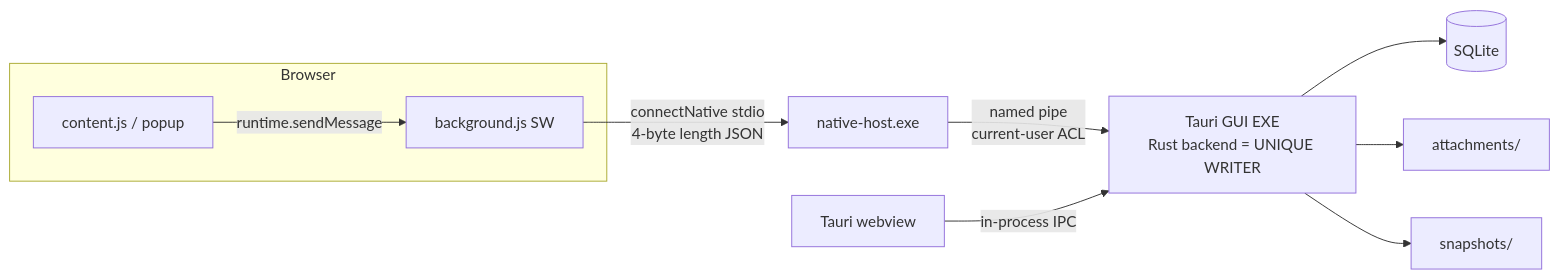
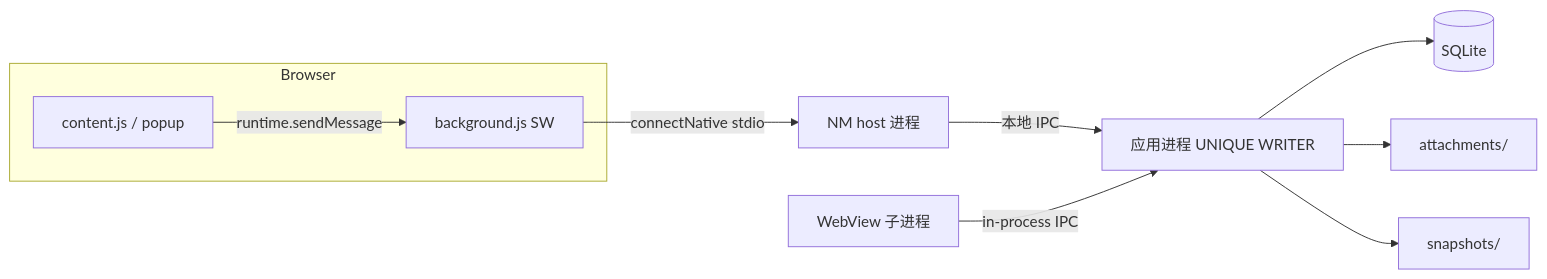
One commit to TshyGO/resume-form-assistant-plugin changed the diagram in docs/desktop-mvp/adr-architecture.md. Above: the diagram before and after it, drawn with Mermaid. The commit also changed other lines of this file and 4 other files, not shown here.

````diff
--- a/docs/desktop-mvp/adr-architecture.md
+++ b/docs/desktop-mvp/adr-architecture.md
@@ -104,14 +112,14 @@
 ```mermaid
 flowchart LR
   subgraph Browser
     CS[content.js / popup]
     SW[background.js SW]
     CS -->|runtime.sendMessage| SW
   end
-  SW -->|"connectNative stdio\n4-byte length JSON"| HOST[native-host.exe]
-  HOST -->|"named pipe\ncurrent-user ACL"| APP[Tauri GUI EXE\nRust backend = UNIQUE WRITER]
-  UI[Tauri webview] -->|"in-process IPC"| APP
+  SW -->|"connectNative stdio"| HOST[NM host 进程]
+  HOST -->|"本地 IPC"| APP[应用进程 UNIQUE WRITER]
+  UI[WebView 子进程] -->|"in-process IPC"| APP
   APP --> DB[(SQLite)]
   APP --> ATT[attachments/]
   APP --> SNAP[snapshots/]
 ```
````
